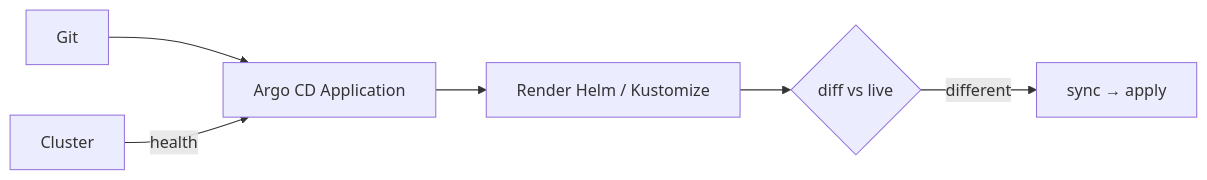
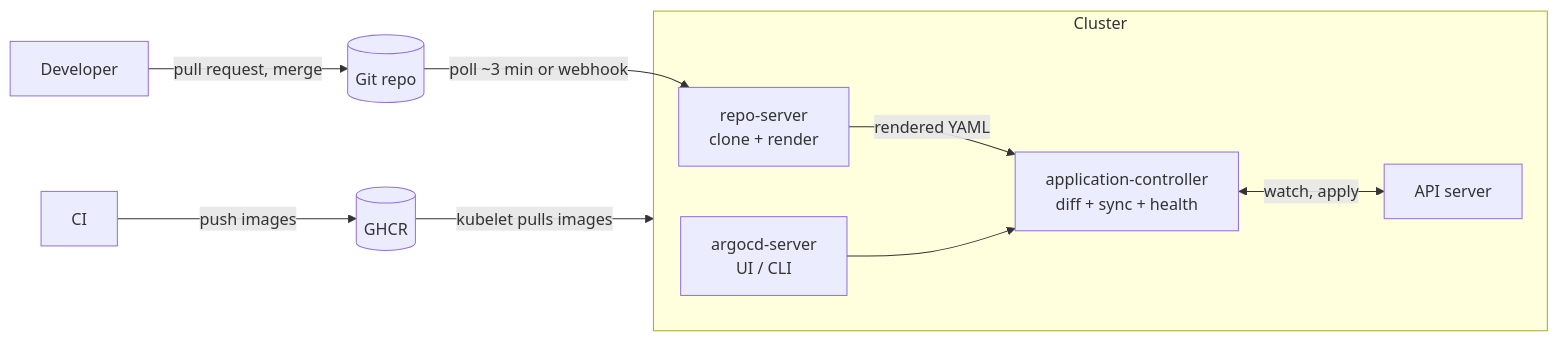
Before and after one commit to darshan-raul/apollo11-docs: the diagram in docs/learn/delivery/gitops-and-ownership.md, drawn with Mermaid. The commit also changed other lines of this file and 4 other files, not shown here.

````diff
--- a/docs/learn/delivery/gitops-and-ownership.md
+++ b/docs/learn/delivery/gitops-and-ownership.md
@@ -20,8 +75,12 @@
 ```mermaid
 flowchart LR
-  Git[Git] --> Argo[Argo CD Application]
-  Argo --> R[Render Helm / Kustomize]
-  R --> Diff{diff vs live}
-  Diff -->|different| Sync[sync → apply]
-  Cluster -->|health| Argo
+  Dev[Developer] -->|pull request, merge| Git[(Git repo)]
+  CI[CI] -->|push images| Reg[(GHCR)]
+  subgraph Cluster
+    Repo[repo-server<br/>clone + render] -->|rendered YAML| Ctrl[application-controller<br/>diff + sync + health]
+    Ctrl <-->|watch, apply| API[API server]
+    UI[argocd-server<br/>UI / CLI] --> Ctrl
+  end
+  Git -->|poll ~3 min or webhook| Repo
+  Reg -->|kubelet pulls images| Cluster
 ```
````
